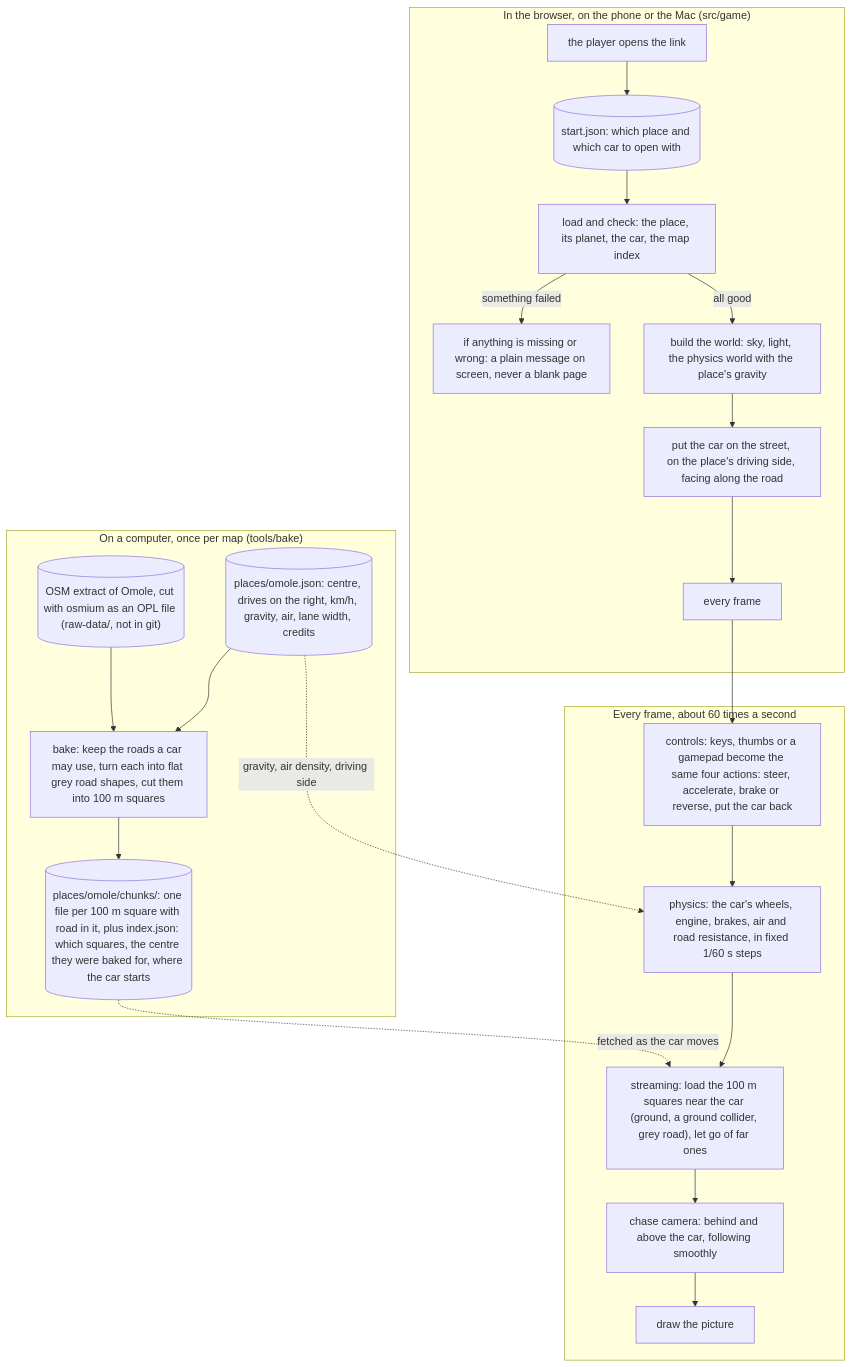
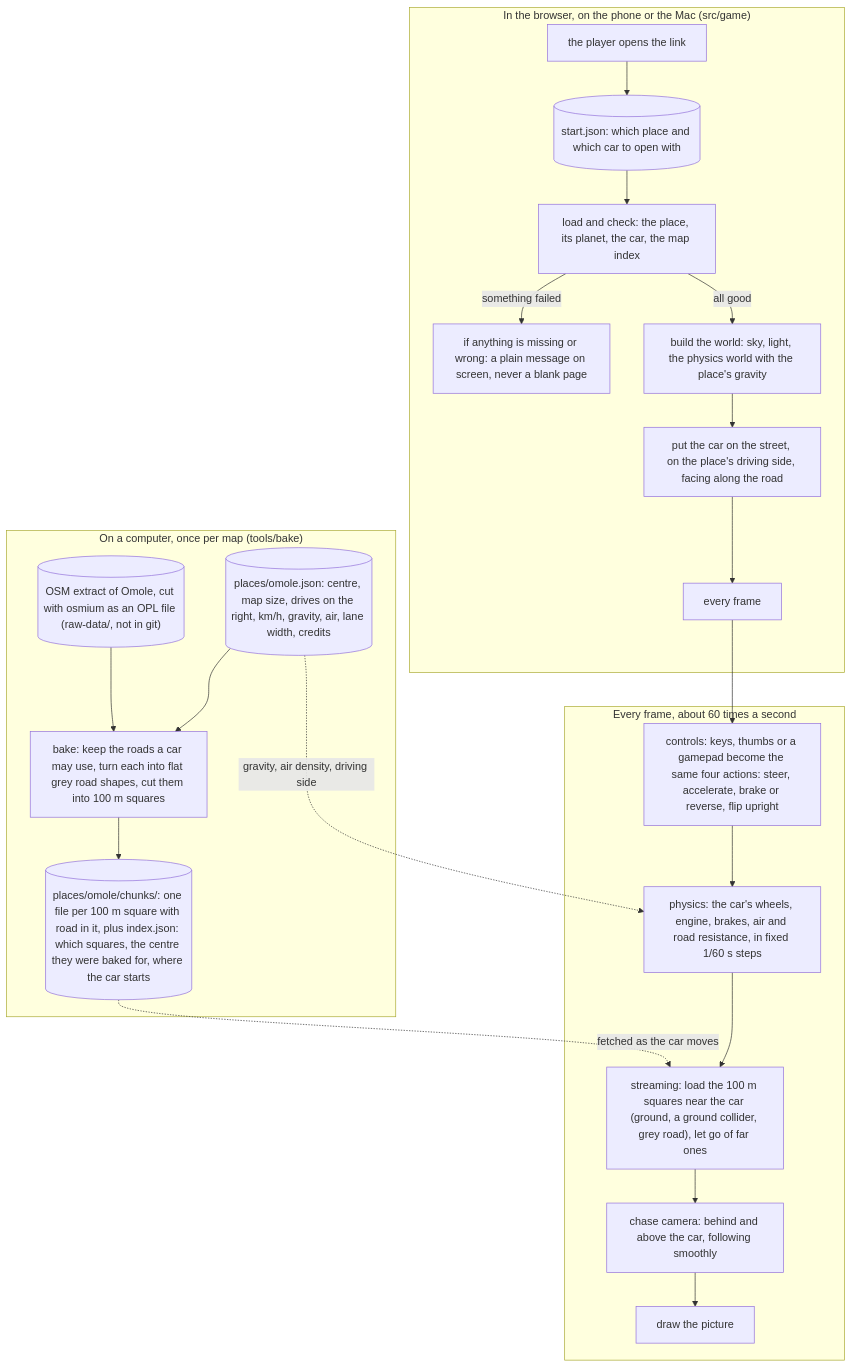
The diagram in docs/designs/OVERVIEW-005.md (NewDara-Star/world-engine), drawn with Mermaid before and after one commit. The commit also changed other lines of this file and 41 other files, not shown here.

````diff
--- a/docs/designs/OVERVIEW-005.md
+++ b/docs/designs/OVERVIEW-005.md
@@ -12,39 +12,39 @@
 ```mermaid
 flowchart TD
   subgraph mac["On a computer, once per map (tools/bake)"]
     osm[("OSM extract of Omole, cut with osmium as an OPL file (raw-data/, not in git)")]
-    placefile[("places/omole.json: centre, drives on the right, km/h, gravity, air, lane width, credits")]
+    placefile[("places/omole.json: centre, map size, drives on the right, km/h, gravity, air, lane width, credits")]
     bake["bake: keep the roads a car may use, turn each into flat grey road shapes, cut them into 100 m squares"]
     chunks[("places/omole/chunks/: one file per 100 m square with road in it, plus index.json: which squares, the centre they were baked for, where the car starts")]
     osm --> bake
     placefile --> bake
     bake --> chunks
   end
 
   subgraph page["In the browser, on the phone or the Mac (src/game)"]
     open["the player opens the link"]
     start[("start.json: which place and which car to open with")]
     load["load and check: the place, its planet, the car, the map index"]
     fail["if anything is missing or wrong: a plain message on screen, never a blank page"]
     world["build the world: sky, light, the physics world with the place's gravity"]
     car["put the car on the street, on the place's driving side, facing along the road"]
     loop["every frame"]
     open --> start --> load
     load -->|"something failed"| fail
     load -->|"all good"| world --> car --> loop
   end
 
   chunks -.->|"fetched as the car moves"| stream
 
   subgraph frame["Every frame, about 60 times a second"]
-    controls["controls: keys, thumbs or a gamepad become the same four actions: steer, accelerate, brake or reverse, put the car back"]
+    controls["controls: keys, thumbs or a gamepad become the same four actions: steer, accelerate, brake or reverse, flip upright"]
     physics["physics: the car's wheels, engine, brakes, air and road resistance, in fixed 1/60 s steps"]
     stream["streaming: load the 100 m squares near the car (ground, a ground collider, grey road), let go of far ones"]
     camera["chase camera: behind and above the car, following smoothly"]
     draw["draw the picture"]
     controls --> physics --> stream --> camera --> draw
   end
 
   loop --> controls
   placefile -.->|"gravity, air density, driving side"| physics
 ```
````
